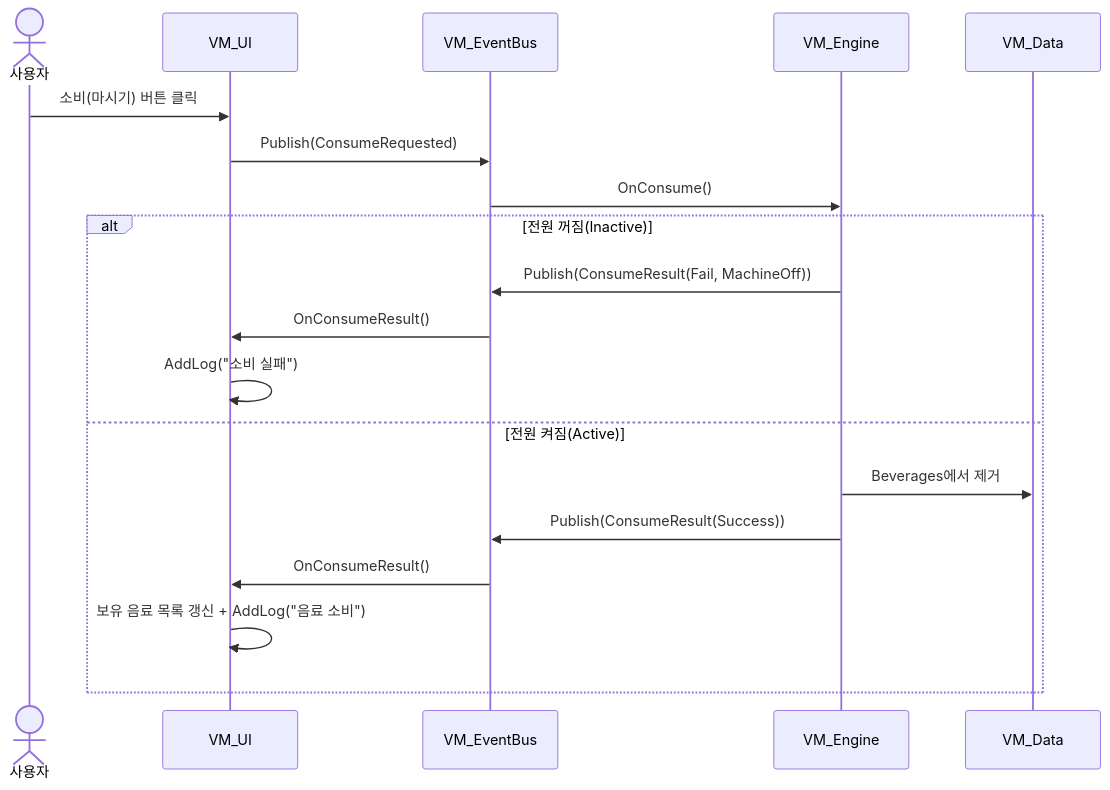
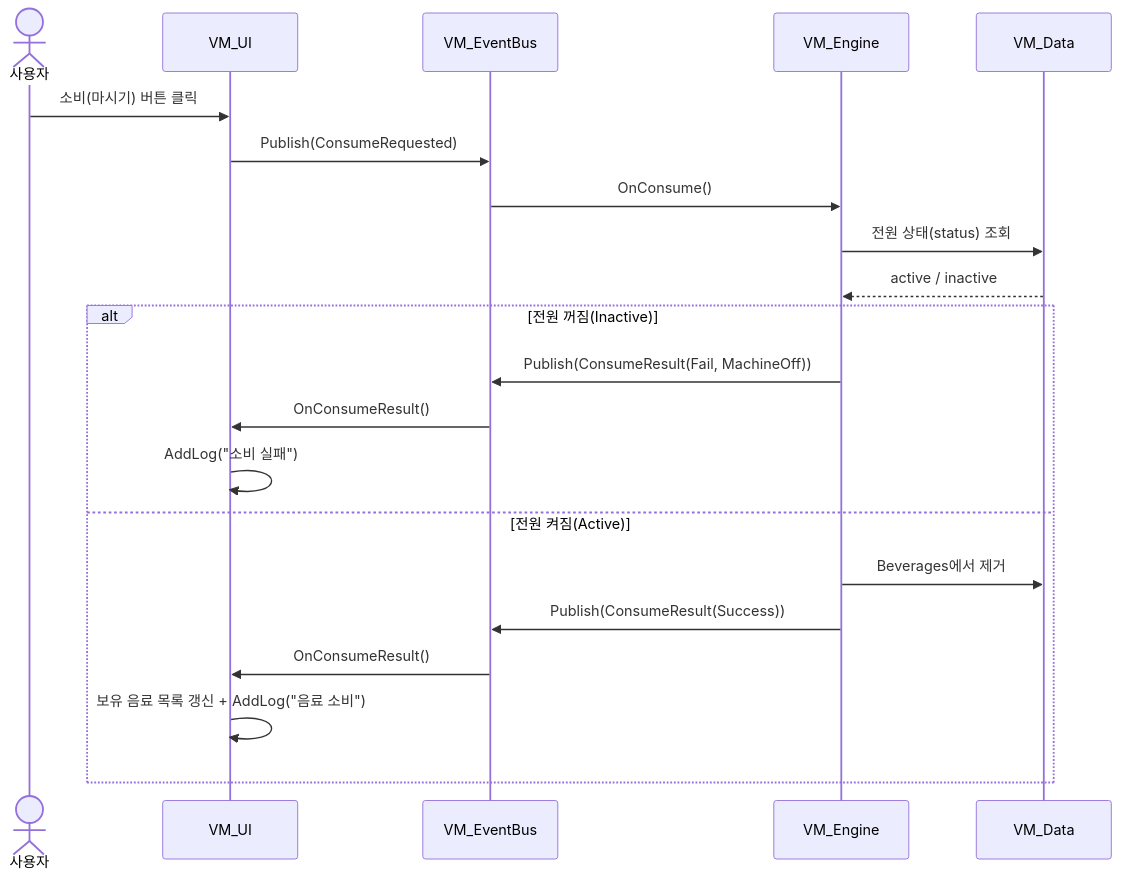
Before and after one commit to jms9896/Mybenefit_PreTest: the sixth of 6 diagrams in README.md, drawn with Mermaid. The commit also changed other lines of this file, not shown here.

Commit message:
20260614 - [클래스, 시퀀스] 다이어그램 수정

````diff
--- a/README.md
+++ b/README.md
@@ -241,23 +252,25 @@
     ```mermaid
     sequenceDiagram
         actor User as 사용자
         participant UI as VM_UI
         participant Bus as VM_EventBus
         participant Engine as VM_Engine
         participant Data as VM_Data
 
         User->>UI: 소비(마시기) 버튼 클릭
         UI->>Bus: Publish(ConsumeRequested)
         Bus->>Engine: OnConsume()
+        Engine->>Data: 전원 상태(status) 조회
+        Data-->>Engine: active / inactive
         alt 전원 꺼짐(Inactive)
             Engine->>Bus: Publish(ConsumeResult(Fail, MachineOff))
             Bus->>UI: OnConsumeResult()
             UI->>UI: AddLog("소비 실패")
         else 전원 켜짐(Active)
             Engine->>Data: Beverages에서 제거
             Engine->>Bus: Publish(ConsumeResult(Success))
             Bus->>UI: OnConsumeResult()
             UI->>UI: 보유 음료 목록 갱신 + AddLog("음료 소비")
         end
 
     ```
````
